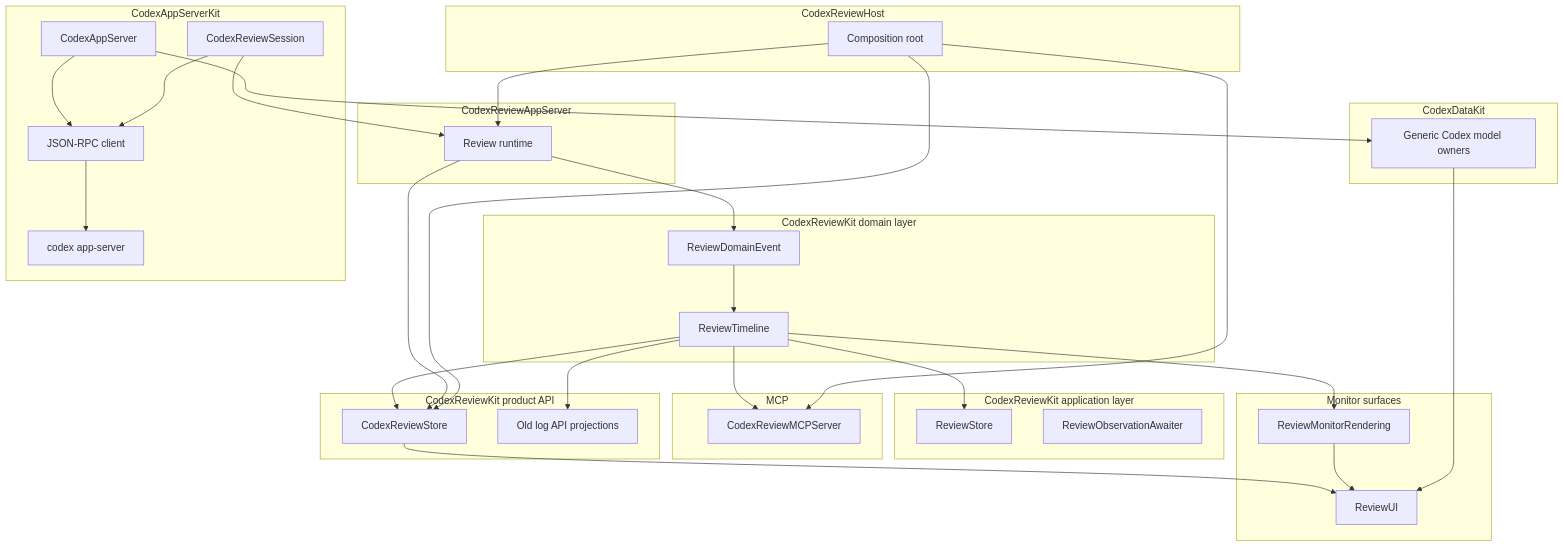
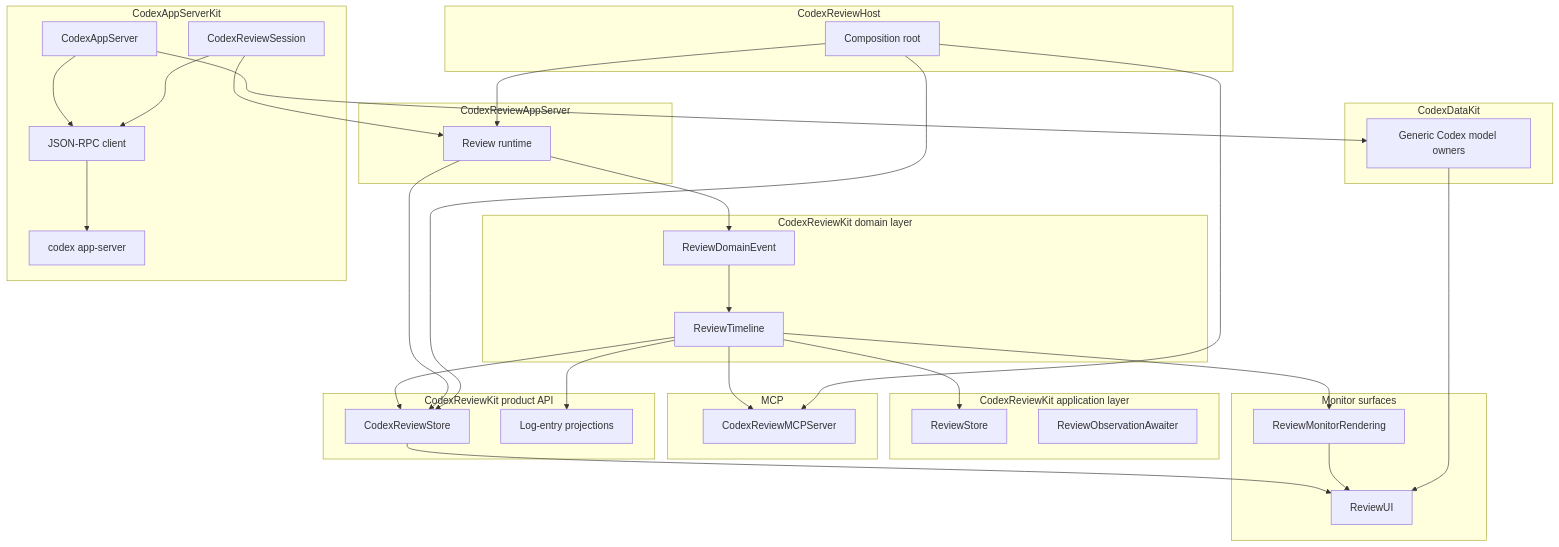
One commit to lynnswap/CodexReviewKit changed the diagram in Docs/architecture.md. Above: the diagram before and after it, drawn with Mermaid. The commit also changed other lines of this file and 19 other files, not shown here.

Commit message:
refactor(review-core): remove legacy log projection names

````diff
--- a/Docs/architecture.md
+++ b/Docs/architecture.md
@@ -98,65 +98,65 @@
 ```mermaid
 flowchart TB
     subgraph Domain["CodexReviewKit domain layer"]
         DomainEvents["ReviewDomainEvent"]
         Timeline["ReviewTimeline"]
     end
 
     subgraph Application["CodexReviewKit application layer"]
         AppStore["ReviewStore"]
         Awaiter["ReviewObservationAwaiter"]
     end
 
     subgraph Product["CodexReviewKit product API"]
         PublicStore["CodexReviewStore"]
-        LegacyProjection["Old log API projections"]
+        LogProjection["Log-entry projections"]
     end
 
     subgraph Kit["CodexAppServerKit"]
         DomainAPI["CodexAppServer"]
         ReviewSession["CodexReviewSession"]
         Client["JSON-RPC client"]
         Process["codex app-server"]
     end
 
     subgraph GenericData["CodexDataKit"]
         GenericOwners["Generic Codex model owners"]
     end
 
     subgraph AppServer["CodexReviewAppServer"]
         Runtime["Review runtime"]
     end
 
     subgraph MCP["MCP"]
         MCPServer["CodexReviewMCPServer"]
     end
 
     subgraph Monitor["Monitor surfaces"]
         Renderer["ReviewMonitorRendering"]
         UI["ReviewUI"]
     end
 
     subgraph Host["CodexReviewHost"]
         Composition["Composition root"]
     end
 
     ReviewSession --> Runtime
     Runtime --> DomainEvents
     DomainEvents --> Timeline
     Timeline --> AppStore
     Timeline --> PublicStore
-    Timeline --> LegacyProjection
+    Timeline --> LogProjection
     Timeline --> MCPServer
     Timeline --> Renderer
     PublicStore --> UI
     Renderer --> UI
     GenericOwners --> UI
     DomainAPI --> Client
     DomainAPI --> GenericOwners
     ReviewSession --> Client
     Client --> Process
     Runtime --> PublicStore
     Composition --> Runtime
     Composition --> MCPServer
     Composition --> PublicStore
 ```
````
